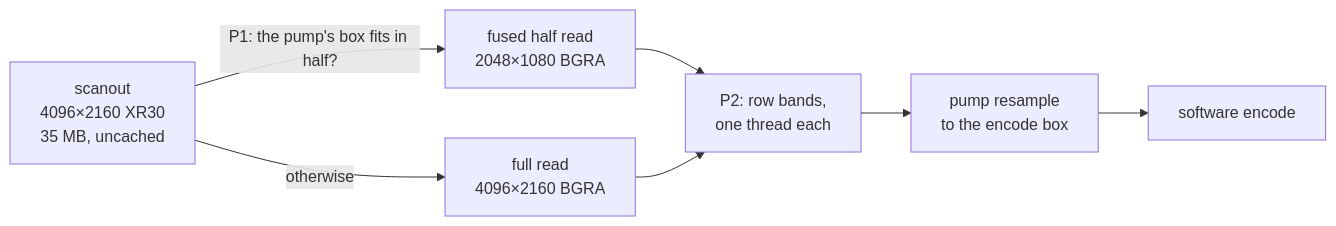
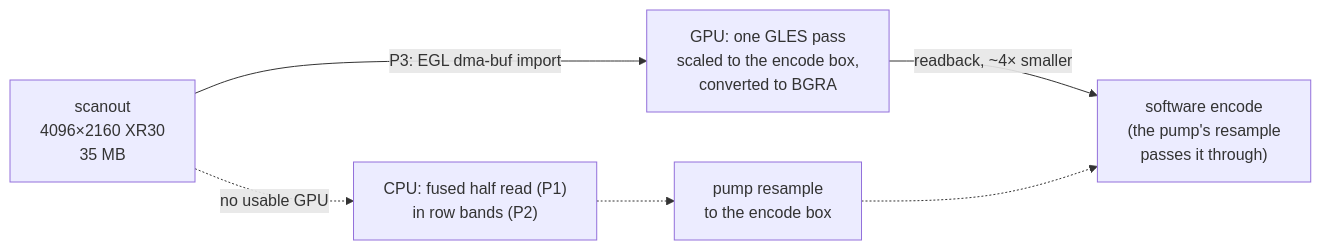
The eighth of 18 diagrams in docs/linux-capture.md (gjovanov/roomler-ai), drawn with Mermaid before and after one commit. The commit also changed other lines of this file and 9 other files, not shown here.

````diff
--- a/docs/linux-capture.md
+++ b/docs/linux-capture.md
@@ -804,9 +806,8 @@
 ```mermaid
 flowchart LR
-    S["scanout<br/>4096×2160 XR30<br/>35 MB, uncached"] -->|"P1: the pump's box fits in half?"| H["fused half read<br/>2048×1080 BGRA"]
-    S -->|"otherwise"| F["full read<br/>4096×2160 BGRA"]
-    H --> B["P2: row bands,<br/>one thread each"]
-    F --> B
-    B --> R["pump resample<br/>to the encode box"]
-    R --> E["software encode"]
+    S["scanout<br/>4096×2160 XR30<br/>35 MB"] -->|"P3: EGL dma-buf import"| G["GPU: one GLES pass<br/>scaled to the encode box,<br/>converted to BGRA"]
+    G -->|"readback, ~4× smaller"| E["software encode<br/>(the pump's resample<br/>passes it through)"]
+    S -.->|"no usable GPU"| C["CPU: fused half read (P1)<br/>in row bands (P2)"]
+    C -.-> R["pump resample<br/>to the encode box"]
+    R -.-> E
 ```
````
